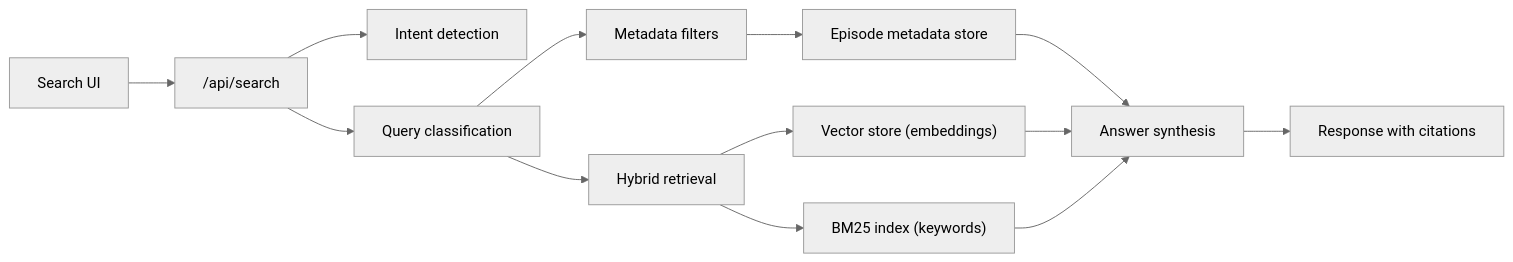
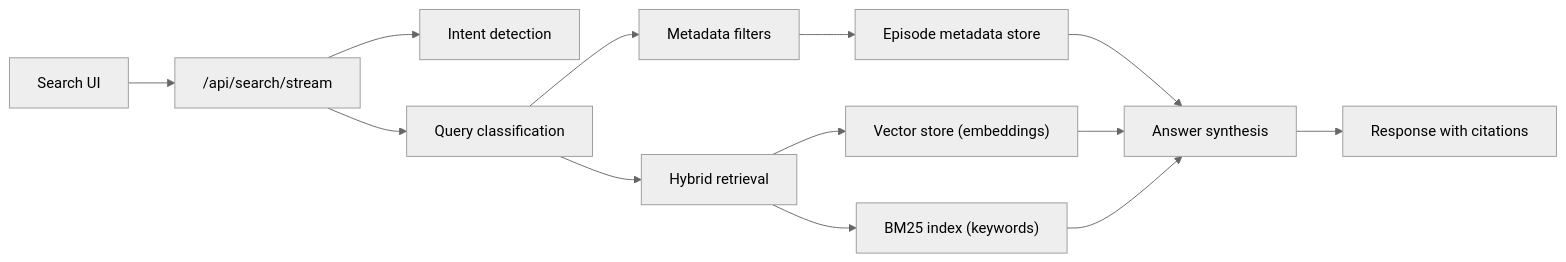
Before and after one commit to matthh/transcript-app: the second of 2 diagrams in docs/query-journey.md, drawn with Mermaid (neutral theme). The commit also changed other lines of this file and 3 other files, not shown here.

````diff
--- a/docs/query-journey.md
+++ b/docs/query-journey.md
@@ -31,15 +31,15 @@
 ```mermaid
 flowchart LR
-  A["Search UI"] --> B["/api/search"]
+  A["Search UI"] --> B["/api/search/stream"]
   B --> C["Intent detection"]
   B --> D["Query classification"]
   D --> E["Metadata filters"]
   D --> F["Hybrid retrieval"]
   E --> G["Episode metadata store"]
   F --> H["Vector store (embeddings)"]
   F --> I["BM25 index (keywords)"]
   G --> J["Answer synthesis"]
   H --> J
   I --> J
   J --> K["Response with citations"]
 ```
````
